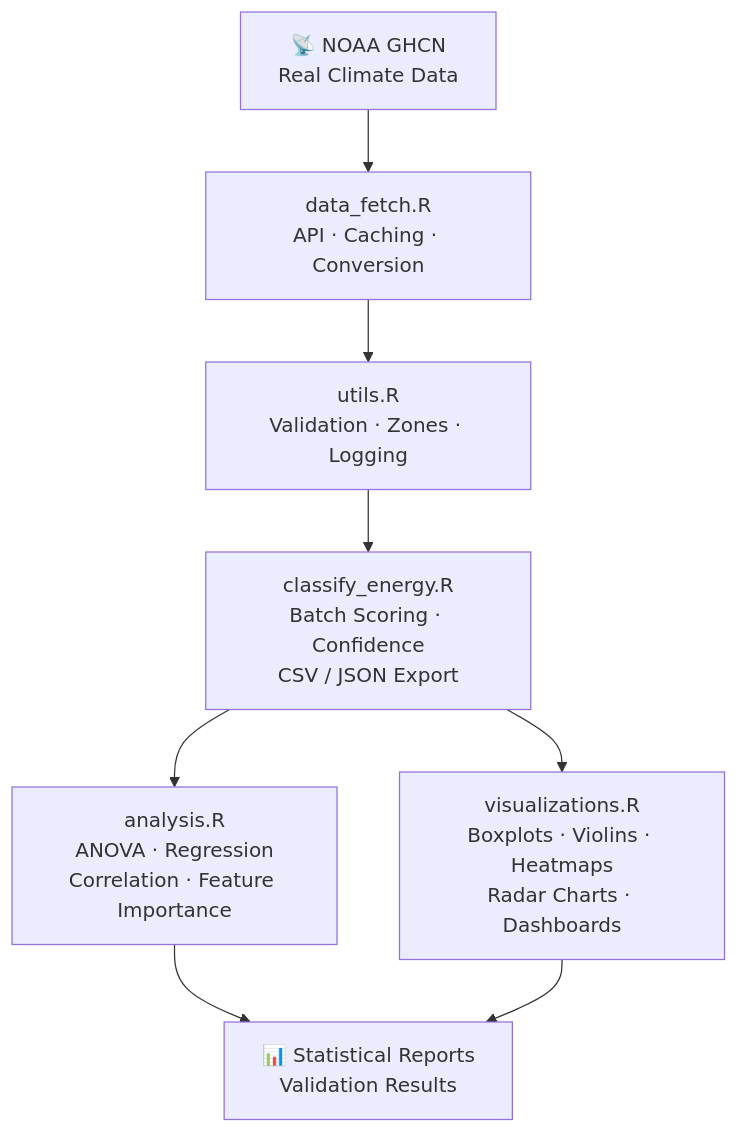
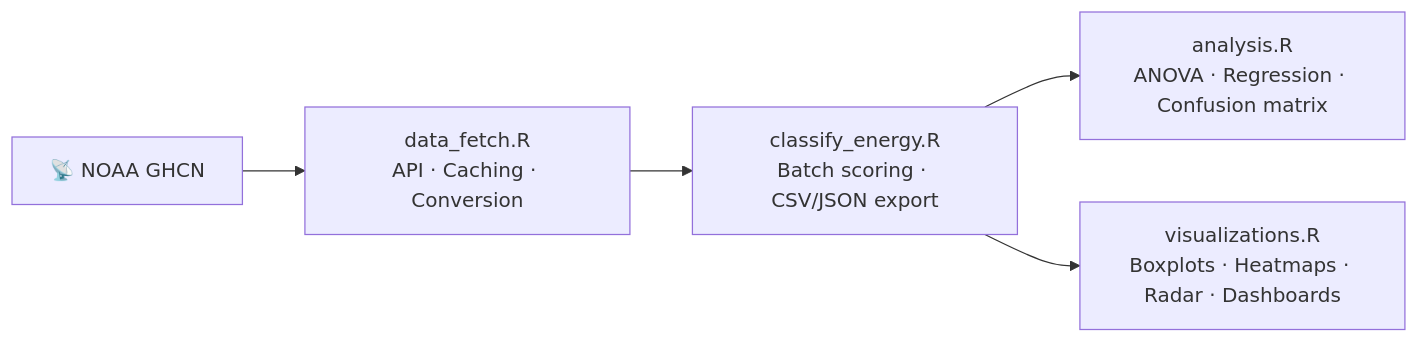
One commit to Sahibjeetpalsingh/Weather-Classification changed the second of 2 diagrams in README.md. Above: the diagram before and after it, drawn with Mermaid. The commit also changed other lines of this file, not shown here.

````diff
--- a/README.md
+++ b/README.md
@@ -250,10 +106,7 @@
 ```mermaid
-graph TD
-    DATA["📡 NOAA GHCN\nReal Climate Data"] --> FETCH["data_fetch.R\nAPI · Caching · Conversion"]
-    FETCH --> UTILS["utils.R\nValidation · Zones · Logging"]
-    UTILS --> CLASSIFY["classify_energy.R\nBatch Scoring · Confidence\nCSV / JSON Export"]
-    CLASSIFY --> ANALYSIS["analysis.R\nANOVA · Regression\nCorrelation · Feature Importance"]
-    CLASSIFY --> VIZ["visualizations.R\nBoxplots · Violins · Heatmaps\nRadar Charts · Dashboards"]
-    ANALYSIS --> OUTPUTS["📊 Statistical Reports\nValidation Results"]
-    VIZ --> OUTPUTS
+flowchart LR
+    NOAA["📡 NOAA GHCN"] --> F["data_fetch.R\nAPI · Caching · Conversion"]
+    F --> C["classify_energy.R\nBatch scoring · CSV/JSON export"]
+    C --> A["analysis.R\nANOVA · Regression · Confusion matrix"]
+    C --> V["visualizations.R\nBoxplots · Heatmaps · Radar · Dashboards"]
 ```
````
